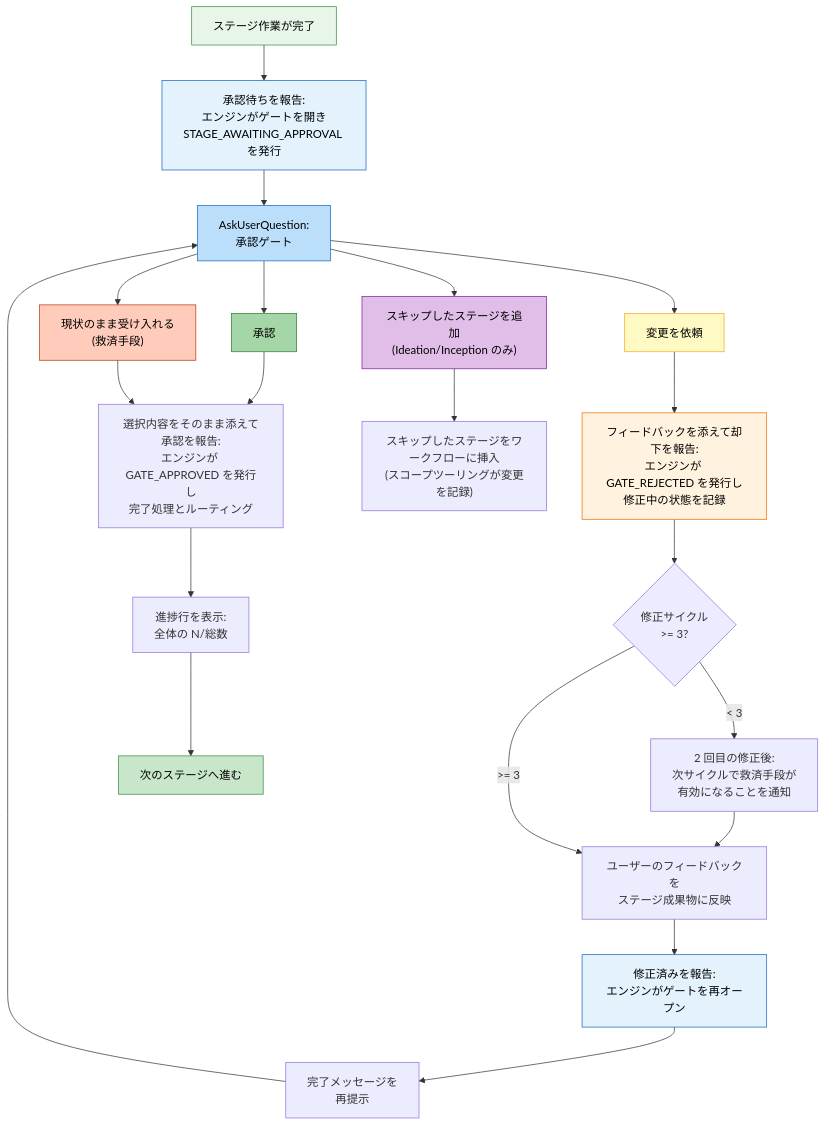
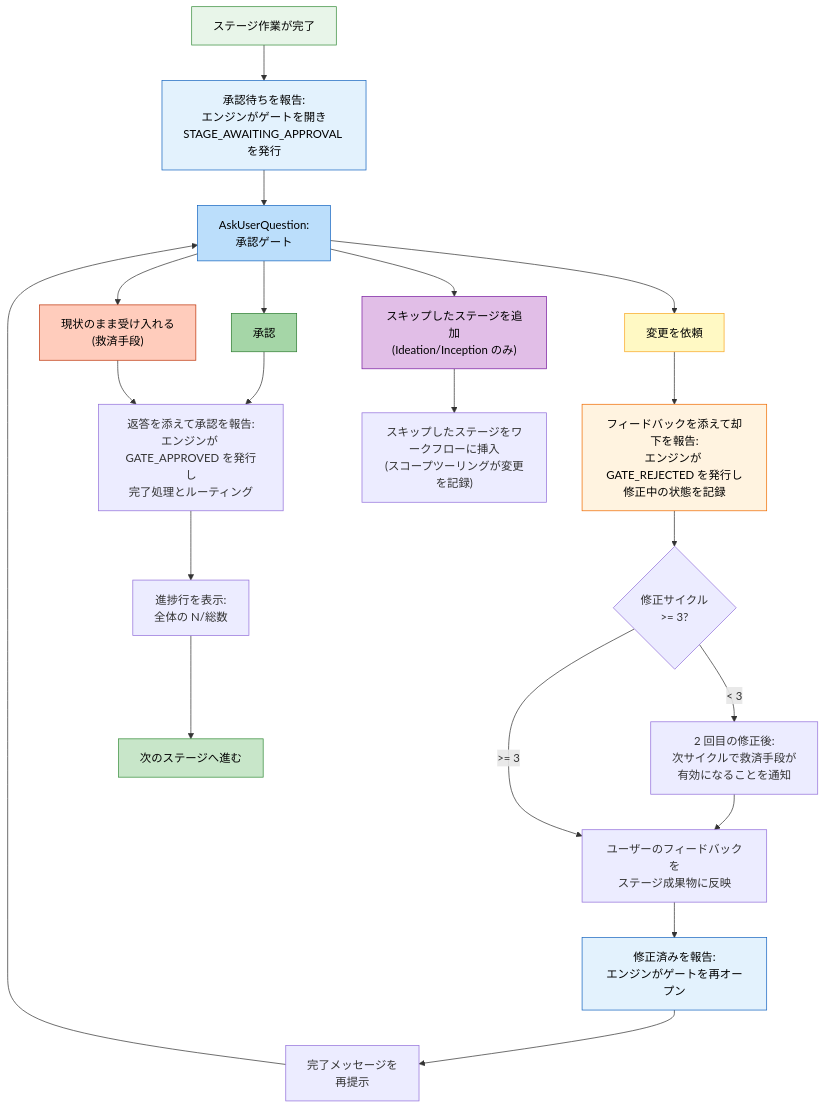
One commit to otomatty/aidlc-guide changed the diagram in docs/guide/ja/07-interaction-modes.md. Above: the diagram before and after it, drawn with Mermaid. The commit also changed other lines of this file and 832 other files, not shown here.

````diff
--- a/docs/guide/ja/07-interaction-modes.md
+++ b/docs/guide/ja/07-interaction-modes.md
@@ -80,51 +100,51 @@
 ```mermaid
 flowchart TD
     COMPLETE["ステージ作業が完了"]
     REPORT_AWAITING["承認待ちを報告:\nエンジンがゲートを開き\nSTAGE_AWAITING_APPROVAL を発行"]
     ASK["AskUserQuestion:\n承認ゲート"]
 
     APPROVE["承認"]
     CHANGES["変更を依頼"]
     ACCEPT["現状のまま受け入れる\n(救済手段)"]
     ADD_STAGE["スキップしたステージを追加\n(Ideation/Inception のみ)"]
 
     REVISION_COUNT{"修正サイクル\n>= 3?"}
     NOTE_2ND["2 回目の修正後:\n次サイクルで救済手段が\n有効になることを通知"]
 
-    REPORT_APPROVED["選択内容をそのまま添えて承認を報告:\nエンジンが GATE_APPROVED を発行し\n完了処理とルーティング"]
+    REPORT_APPROVED["返答を添えて承認を報告:\nエンジンが GATE_APPROVED を発行し\n完了処理とルーティング"]
     REPORT_REJECTED["フィードバックを添えて却下を報告:\nエンジンが GATE_REJECTED を発行し\n修正中の状態を記録"]
     REPORT_REVISED["修正済みを報告:\nエンジンがゲートを再オープン"]
     PROGRESS["進捗行を表示:\n全体の N/総数"]
     NEXT_STAGE["次のステージへ進む"]
 
     REVISE["ユーザーのフィードバックを\nステージ成果物に反映"]
     RE_PRESENT["完了メッセージを\n再提示"]
 
     ADD_EXEC["スキップしたステージをワークフローに挿入\n(スコープツーリングが変更を記録)"]
 
     COMPLETE --> REPORT_AWAITING --> ASK
     ASK --> APPROVE
     ASK --> CHANGES
     ASK --> ACCEPT
     ASK --> ADD_STAGE
 
     APPROVE --> REPORT_APPROVED --> PROGRESS --> NEXT_STAGE
     ACCEPT --> REPORT_APPROVED
 
     CHANGES --> REPORT_REJECTED --> REVISION_COUNT
     REVISION_COUNT -->|"< 3"| NOTE_2ND --> REVISE --> REPORT_REVISED --> RE_PRESENT --> ASK
     REVISION_COUNT -->|">= 3"| REVISE
 
     ADD_STAGE --> ADD_EXEC
 
     style COMPLETE fill:#e8f5e9,stroke:#388e3c,color:#000
     style REPORT_AWAITING fill:#e3f2fd,stroke:#1565c0,color:#000
     style ASK fill:#bbdefb,stroke:#1565c0,color:#000
     style APPROVE fill:#a5d6a7,stroke:#2e7d32,color:#000
     style CHANGES fill:#fff9c4,stroke:#f9a825,color:#000
     style REPORT_REJECTED fill:#fff3e0,stroke:#ef6c00,color:#000
     style REPORT_REVISED fill:#e3f2fd,stroke:#1565c0,color:#000
     style ACCEPT fill:#ffccbc,stroke:#bf360c,color:#000
     style ADD_STAGE fill:#e1bee7,stroke:#7b1fa2,color:#000
     style NEXT_STAGE fill:#c8e6c9,stroke:#388e3c,color:#000
 ```
````
